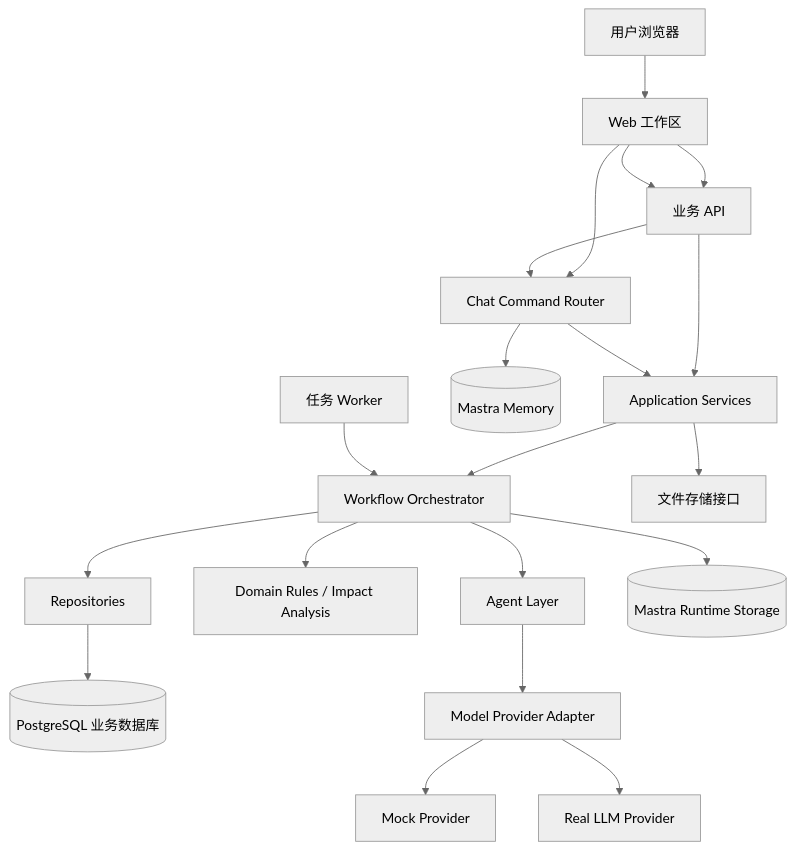
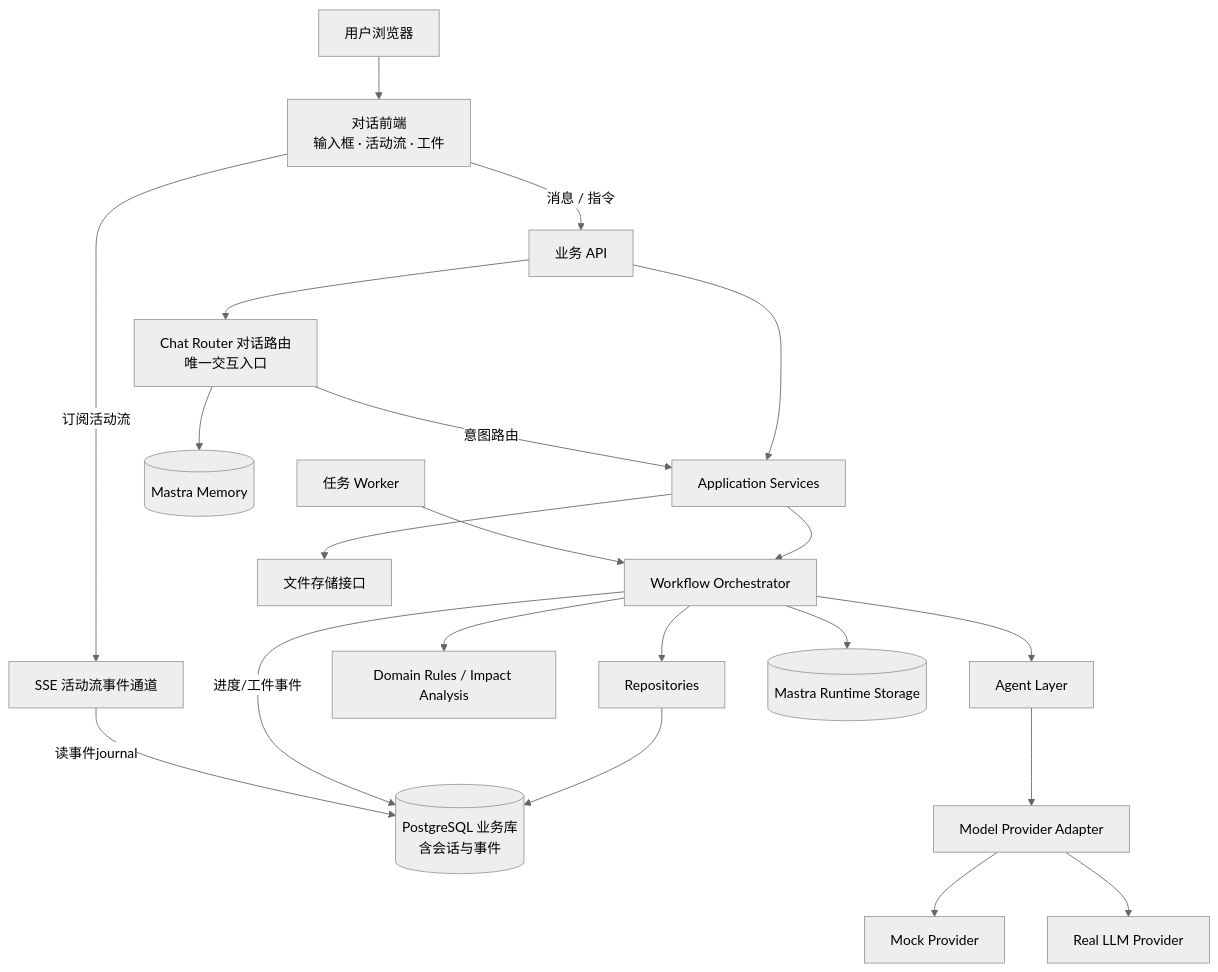
The first of 2 diagrams in mastra-short-drama-agent/docs/architecture.md (zhanglun/get-off-work-early), drawn with Mermaid (neutral theme) before and after one commit. The commit also changed other lines of this file and 7 other files, not shown here.

First line of the commit message:
docs(short-drama): architecture 对齐对话形态 + fireworks 图表三张

````diff
--- a/mastra-short-drama-agent/docs/architecture.md
+++ b/mastra-short-drama-agent/docs/architecture.md
@@ -22,40 +26,42 @@
 ```mermaid
 flowchart TB
     U[用户浏览器]
-    W[Web 工作区]
+    W[对话前端<br/>输入框 · 活动流 · 工件]
     API[业务 API]
-    CHAT[Chat Command Router]
+    SSE[SSE 活动流事件通道]
+    CHAT[Chat Router 对话路由<br/>唯一交互入口]
     APP[Application Services]
     WF[Workflow Orchestrator]
     AGENT[Agent Layer]
     RULE[Domain Rules / Impact Analysis]
     REPO[Repositories]
-    DB[(PostgreSQL 业务数据库)]
+    DB[(PostgreSQL 业务库<br/>含会话与事件)]
     RT[(Mastra Runtime Storage)]
     MEM[(Mastra Memory)]
     WORKER[任务 Worker]
     FILE[文件存储接口]
     MODEL[Model Provider Adapter]
     MOCK[Mock Provider]
     REAL[Real LLM Provider]
 
     U --> W
-    W --> API
-    W --> CHAT
+    W -->|消息 / 指令| API
+    W -->|订阅活动流| SSE
     API --> CHAT
     API --> APP
-    CHAT --> APP
+    CHAT -->|意图路由| APP
     APP --> WF
     WORKER --> WF
     WF --> AGENT
     WF --> RULE
     WF --> REPO
     AGENT --> MODEL
     MODEL --> MOCK
     MODEL --> REAL
     REPO --> DB
     WF --> RT
     CHAT --> MEM
+    WF -->|进度/工件事件| DB
+    SSE -->|读事件journal| DB
     APP --> FILE
-    W --> API
 ```
````
